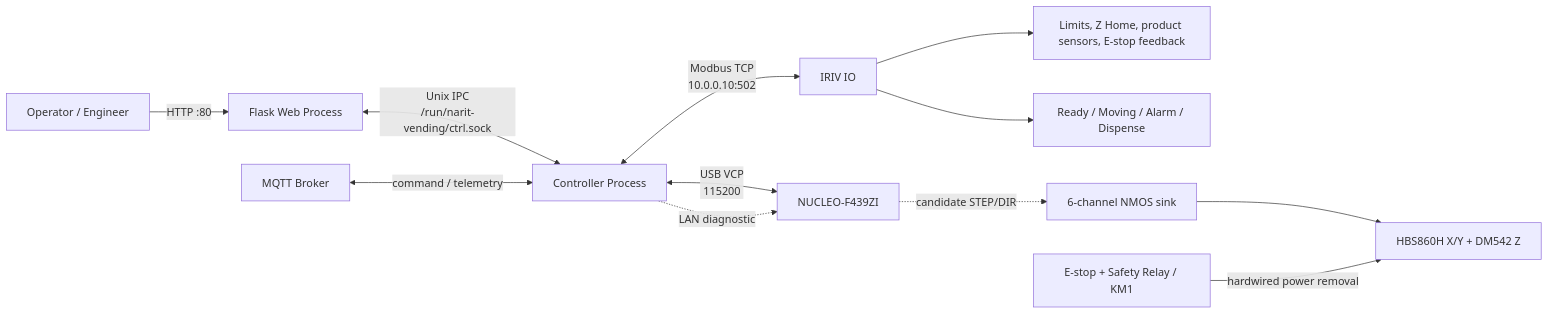
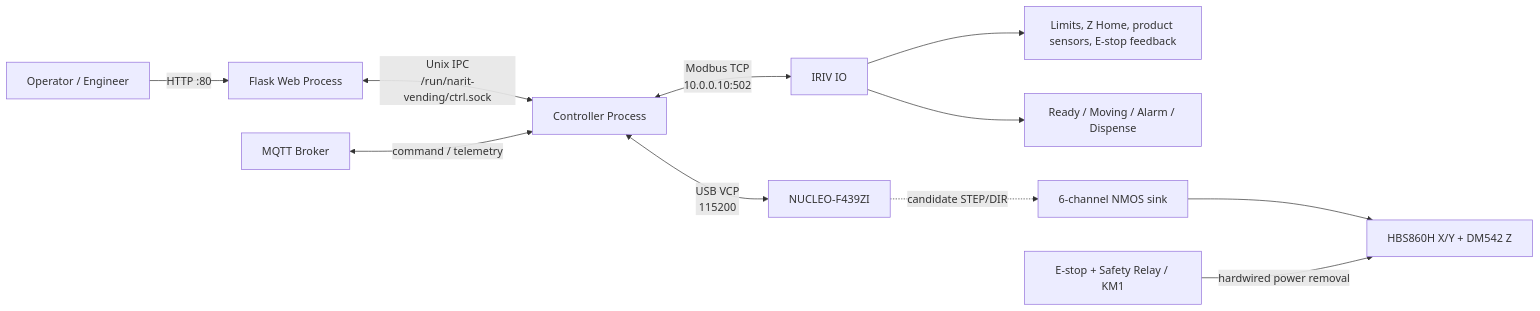
The first of 2 diagrams in docs/ARCHITECTURE_TH.md (prongnaruebest/NaritVendingMachine), drawn with Mermaid before and after one commit. The commit also changed other lines of this file and 274 other files, not shown here.

````diff
--- a/docs/ARCHITECTURE_TH.md
+++ b/docs/ARCHITECTURE_TH.md
@@ -28,14 +28,13 @@
 ```mermaid
 flowchart LR
     OP["Operator / Engineer"] -->|"HTTP :80"| WEB["Flask Web Process"]
     WEB <-->|"Unix IPC\n/run/narit-vending/ctrl.sock"| CTRL["Controller Process"]
     MQTT["MQTT Broker"] <-->|"command / telemetry"| CTRL
     CTRL <-->|"Modbus TCP\n10.0.0.10:502"| RIO["IRIV IO"]
     CTRL <-->|"USB VCP\n115200"| NUC["NUCLEO-F439ZI"]
-    CTRL -. "LAN diagnostic" .-> NUC
     RIO --> SENSOR["Limits, Z Home, product sensors, E-stop feedback"]
     RIO --> AUX["Ready / Moving / Alarm / Dispense"]
     NUC -. "candidate STEP/DIR" .-> NMOS["6-channel NMOS sink"]
     NMOS --> DRV["HBS860H X/Y + DM542 Z"]
     SAFE["E-stop + Safety Relay / KM1"] -->|"hardwired power removal"| DRV
 ```
````
